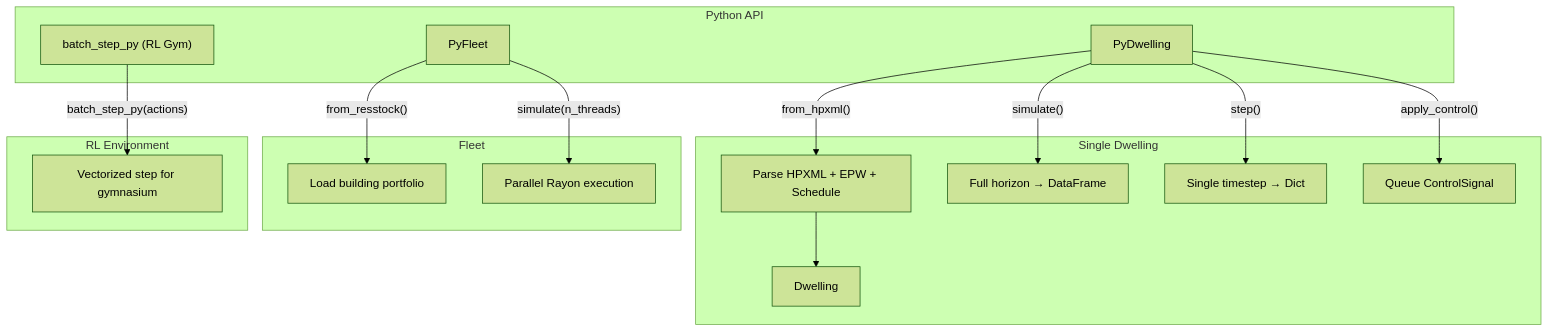
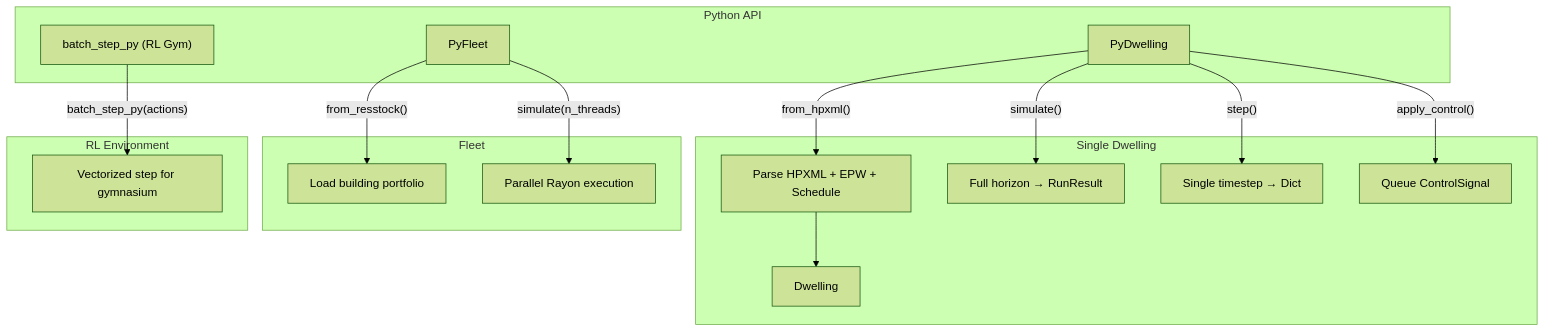
Before and after one commit to AZX-PBC-OSS/HARES: the ninth of 11 diagrams in docs/architecture.md, drawn with Mermaid (forest theme). The commit also changed other lines of this file and 4 other files, not shown here.

````diff
--- a/docs/architecture.md
+++ b/docs/architecture.md
@@ -597,25 +597,25 @@
 ```mermaid
 graph TD
     subgraph "Python API"
         PD["PyDwelling"]
         PF["PyFleet"]
         PG["batch_step_py (RL Gym)"]
     end
 
     subgraph "Single Dwelling"
         PD -->|"from_hpxml()"| Init["Parse HPXML + EPW + Schedule"]
         Init --> DW["Dwelling"]
-        PD -->|"simulate()"| Full["Full horizon → DataFrame"]
+        PD -->|"simulate()"| Full["Full horizon → RunResult"]
         PD -->|"step()"| Step["Single timestep → Dict"]
         PD -->|"apply_control()"| Ctrl["Queue ControlSignal"]
     end
 
     subgraph "Fleet"
         PF -->|"from_resstock()"| Fleet2["Load building portfolio"]
         PF -->|"simulate(n_threads)"| Par["Parallel Rayon execution"]
     end
 
     subgraph "RL Environment"
         PG -->|"batch_step_py(actions)"| Batch["Vectorized step for gymnasium"]
     end
 ```
````
